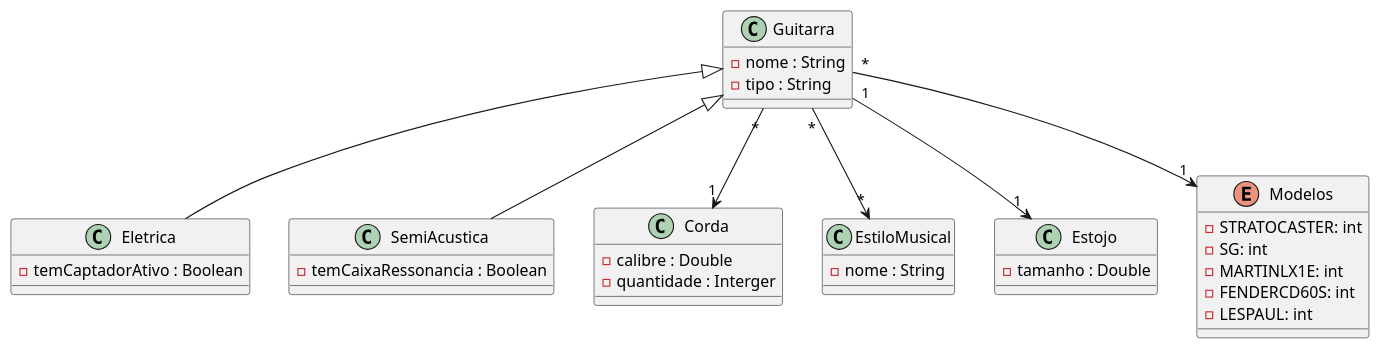
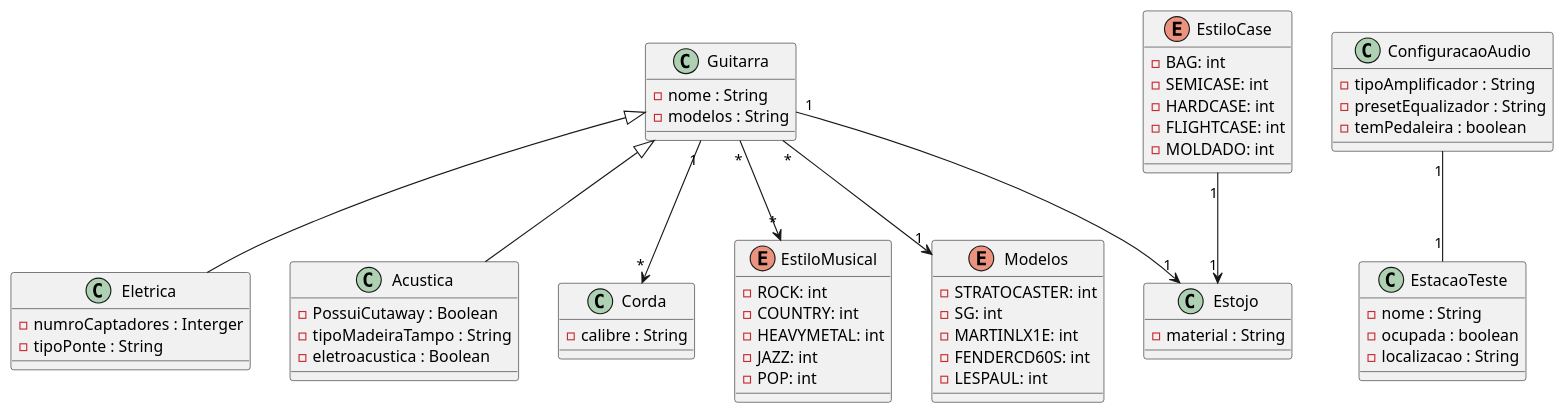
Before and after one commit to diegogalvao-dev/code-with-quarkus: the diagram in src/main/java/diagram guitarra.puml, drawn with PlantUML. The commit also changed 1 other file, not shown here.

Commit message:
atualização do diagrama uml

```diff
--- a/src/main/java/diagram guitarra.puml
+++ b/src/main/java/diagram guitarra.puml
@@ -1,51 +1,79 @@
 @startuml
 
 class Guitarra{
     - nome : String
-    - tipo : String
+    - modelos : String
 }
 
 class Eletrica{
-    - temCaptadorAtivo : Boolean
+    - numroCaptadores : Interger
+    - tipoPonte : String
 }
 
-class SemiAcustica{
-    - temCaixaRessonancia : Boolean
+class Acustica{
+    - PossuiCutaway : Boolean
+    - tipoMadeiraTampo : String
+    - eletroacustica : Boolean
 }
 
 class Corda{
-    - calibre : Double
-    - quantidade : Interger
-}
-
-class EstiloMusical{
-    - nome : String
+    - calibre : String
 }
 
 class Estojo{
-    - tamanho : Double
+    - material : String
+}
+
+class ConfiguracaoAudio{
+    - tipoAmplificador : String
+    - presetEqualizador : String
+    - temPedaleira : boolean
+}
+
+class EstacaoTeste {
+    - nome : String
+    - ocupada : boolean
+    - localizacao : String
+}
+
+enum EstiloMusical{
+    - ROCK: int
+    - COUNTRY: int
+    - HEAVYMETAL: int
+    - JAZZ: int
+    - POP: int
+}
+
+enum EstiloCase{
+    - BAG: int
+    - SEMICASE: int
+    - HARDCASE: int
+    - FLIGHTCASE: int
+    - MOLDADO: int
 }
 
 enum Modelos{
-
     - STRATOCASTER: int
     - SG: int
     - MARTINLX1E: int
     - FENDERCD60S: int
     - LESPAUL: int
-
 }
 
 'relacionamento'
 
-Guitarra "*" --> "1" Corda
+Guitarra "1" --> "*" Corda
 Guitarra "*" --> "1" Modelos
 
 Guitarra "*" --> "*" EstiloMusical
 
 Guitarra "1" --> "1" Estojo
 
 Eletrica -up-|> Guitarra
-SemiAcustica -up-|> Guitarra
+Acustica -up-|> Guitarra
+
+EstiloCase "1" --> "1" Estojo
+
+ConfiguracaoAudio "1" -- "1" EstacaoTeste
 
 @enduml
```
